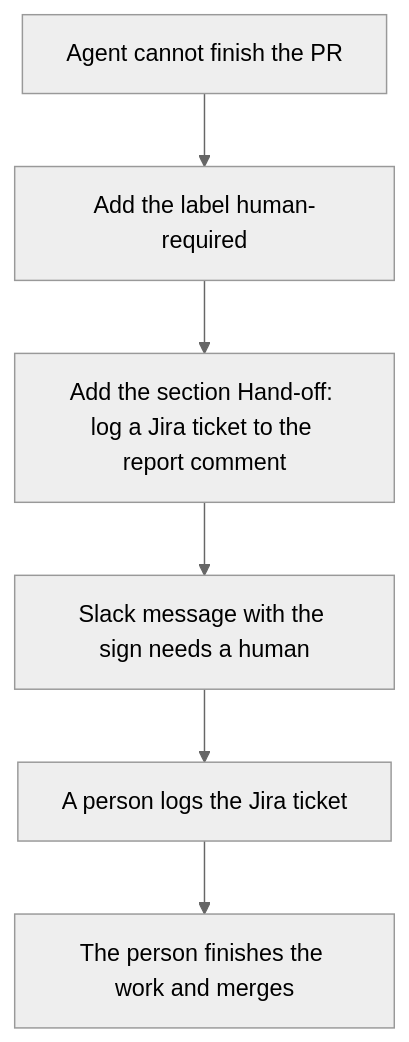
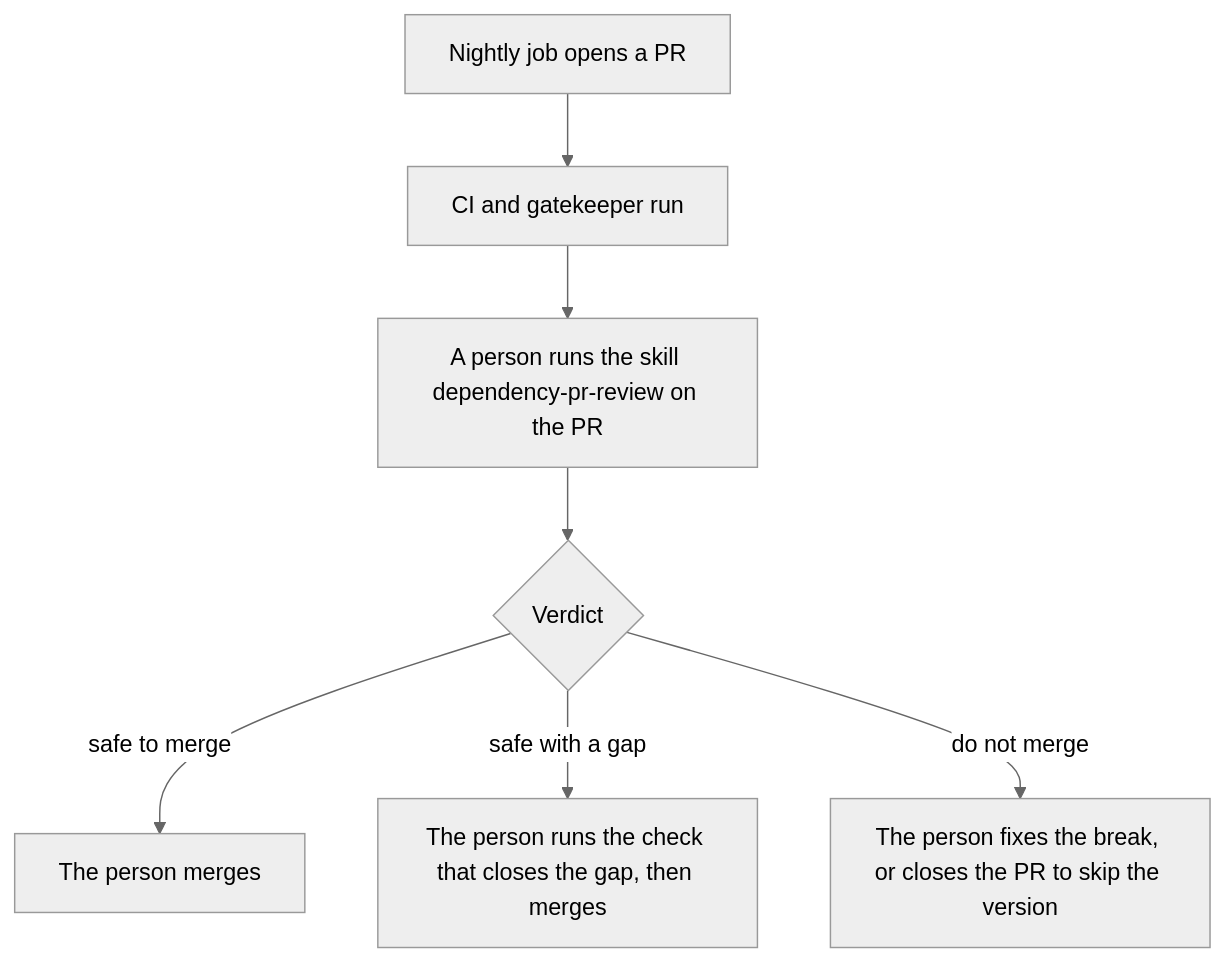
Before and after one commit to Unique-AG/connectors: the first of 2 diagrams in docs/security/dependencies.md, drawn with Mermaid (neutral theme). The commit also changed other lines of this file and 4 other files, not shown here.

Commit message:
docs(main): describe a manual dependency review and drop the agent run and the patch automation

````diff
--- a/docs/security/dependencies.md
+++ b/docs/security/dependencies.md
@@ -85,8 +31,9 @@
 ```mermaid
 flowchart TD
-  agent[Agent cannot finish the PR] --> label[Add the label human-required]
-  label --> comment["Add the section Hand-off: log a Jira ticket to the report comment"]
-  comment --> slack[Slack message with the sign needs a human]
-  slack --> person[A person logs the Jira ticket]
-  person --> work[The person finishes the work and merges]
+  job[Nightly job opens a PR] --> ci[CI and gatekeeper run]
+  ci --> review[A person runs the skill dependency-pr-review on the PR]
+  review --> verdict{Verdict}
+  verdict -->|safe to merge| merge[The person merges]
+  verdict -->|safe with a gap| check[The person runs the check that closes the gap, then merges]
+  verdict -->|do not merge| fix[The person fixes the break, or closes the PR to skip the version]
 ```
````
